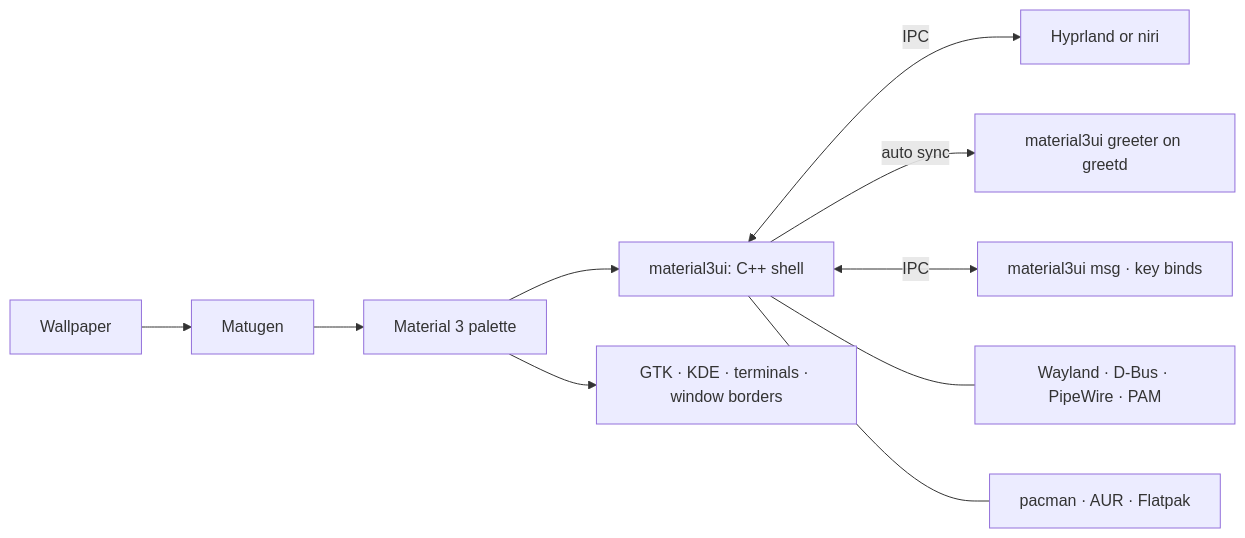
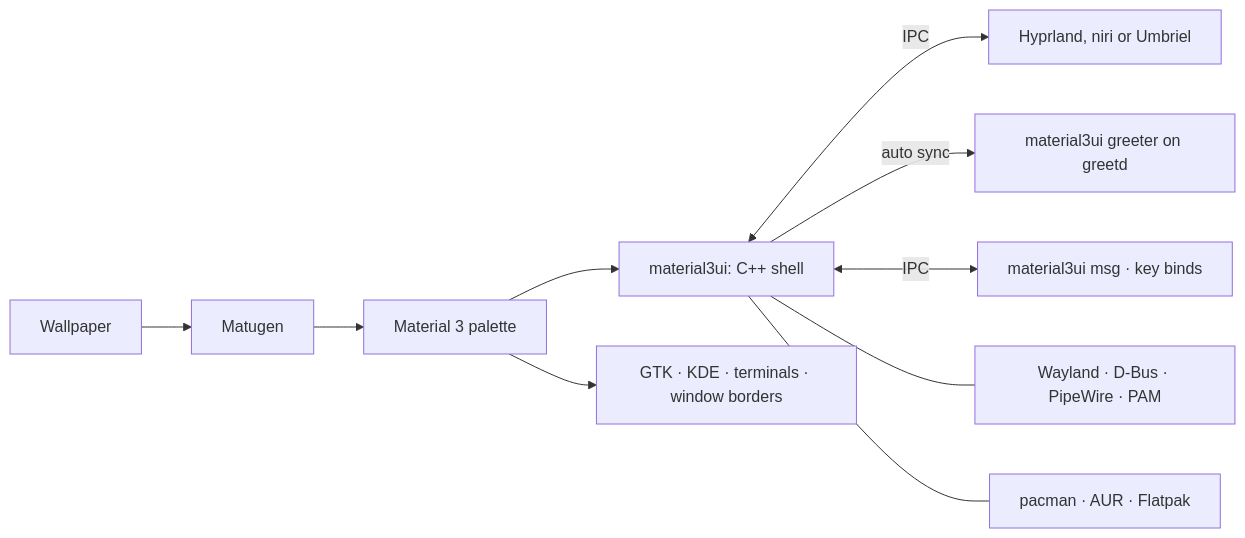
The diagram in README.md (Abijspy/material3-android-shell), drawn with Mermaid before and after one commit. The commit also changed other lines of this file, not shown here.

First line of the commit message:
README: Umbriel alongside Hyprland and niri

````diff
--- a/README.md
+++ b/README.md
@@ -297,11 +312,11 @@
 ```mermaid
 flowchart LR
     W[Wallpaper] --> M[Matugen] --> P[Material 3 palette]
     P --> S[material3ui: C++ shell]
     P --> A[GTK · KDE · terminals · window borders]
-    S <-- IPC --> H[Hyprland or niri]
+    S <-- IPC --> H[Hyprland, niri or Umbriel]
     S -- auto sync --> G[material3ui greeter on greetd]
     S <-- IPC --> C[material3ui msg · key binds]
     S --- X[Wayland · D-Bus · PipeWire · PAM]
     S --- U[pacman · AUR · Flatpak]
 ```
````
